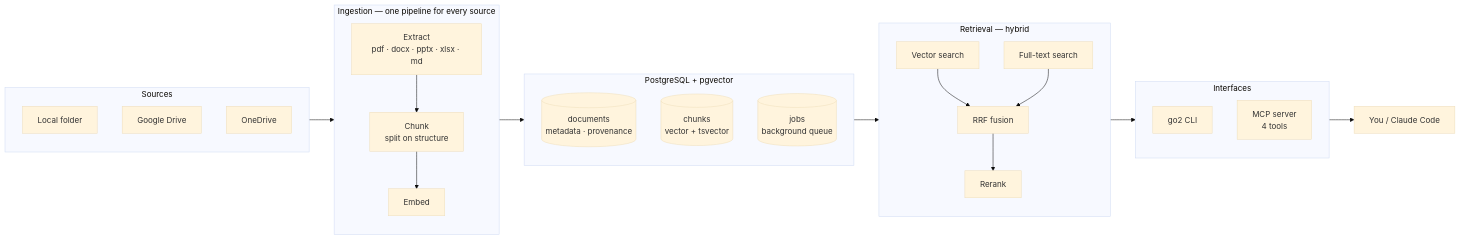
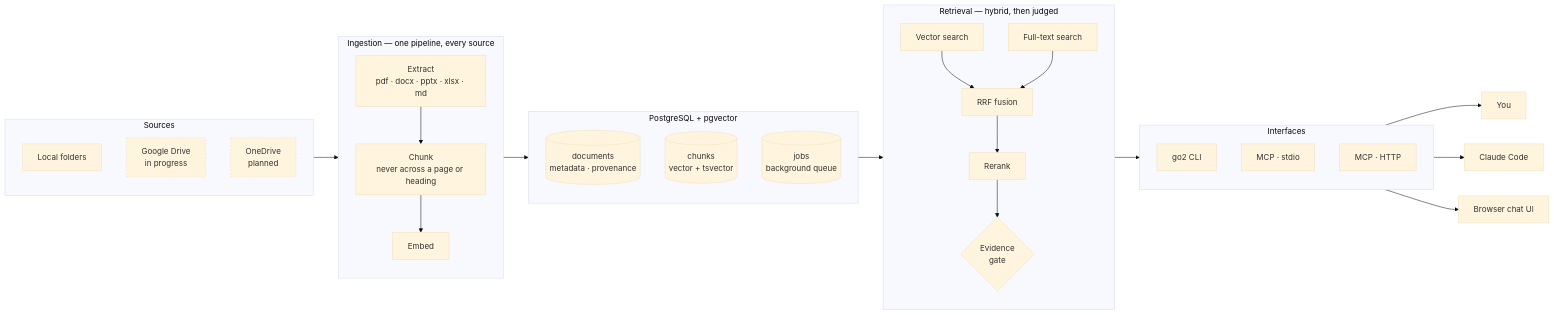
The diagram in README.md (mostafaelkabir/TheGo2Assistant), drawn with Mermaid (base theme) before and after one commit. The commit also changed other lines of this file, not shown here.

````diff
--- a/README.md
+++ b/README.md
@@ -21,43 +21,51 @@
 ```mermaid
 flowchart LR
     subgraph SRC["Sources"]
         direction TB
-        F["Local folder"]
-        G["Google Drive"]
-        O["OneDrive"]
+        F["Local folders"]
+        G["Google Drive<br/>in progress"]
+        O["OneDrive<br/>planned"]
     end
 
-    subgraph ING["Ingestion — one pipeline for every source"]
+    subgraph ING["Ingestion — one pipeline, every source"]
         direction TB
         X["Extract<br/>pdf · docx · pptx · xlsx · md"]
-        C["Chunk<br/>split on structure"]
+        C["Chunk<br/>never across a page or heading"]
         E["Embed"]
         X --> C --> E
     end
 
     subgraph STORE["PostgreSQL + pgvector"]
         direction TB
         D[("documents<br/>metadata · provenance")]
         K[("chunks<br/>vector + tsvector")]
         J[("jobs<br/>background queue")]
     end
 
-    subgraph RET["Retrieval — hybrid"]
+    subgraph RET["Retrieval — hybrid, then judged"]
         direction TB
-        V["Vector search"] --> R["RRF fusion"]
-        T["Full-text search"] --> R
-        R --> RK["Rerank"]
+        V["Vector search"]
+        T["Full-text search"]
+        RRF["RRF fusion"]
+        RK["Rerank"]
+        EG{"Evidence<br/>gate"}
+        V --> RRF
+        T --> RRF
+        RRF --> RK --> EG
     end
 
-    subgraph API["Interfaces"]
+    subgraph IFACE["Interfaces"]
         direction TB
         CLI["go2 CLI"]
-        MCP["MCP server<br/>4 tools"]
+        MS["MCP · stdio"]
+        MH["MCP · HTTP"]
     end
 
-    SRC --> ING
-    ING --> STORE
-    STORE --> RET
-    RET --> API
-    API --> U["You / Claude Code"]
+    SRC --> ING --> STORE --> RET --> IFACE
+    CLI --> U["You"]
+    MS --> CC["Claude Code"]
+    MH --> UI["Browser chat UI"]
+
+    style G stroke-dasharray: 4 3
+    style O stroke-dasharray: 4 3
 ```
````
